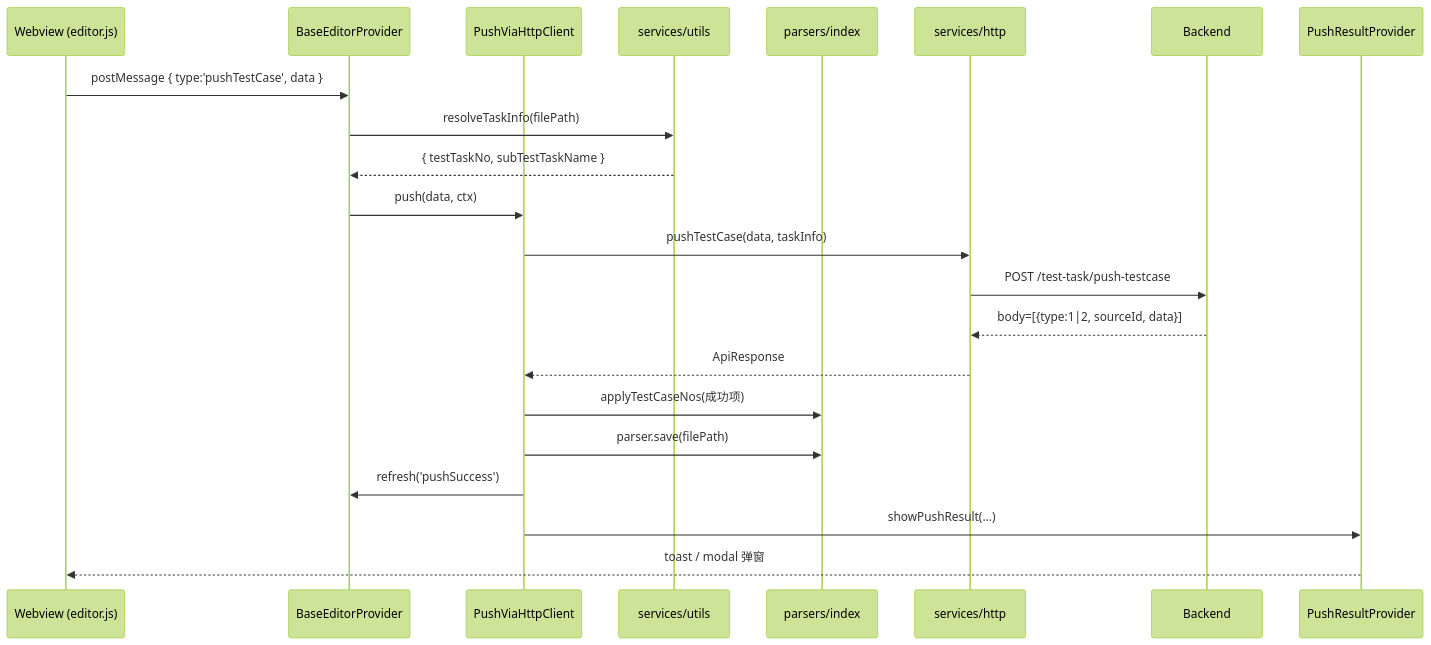
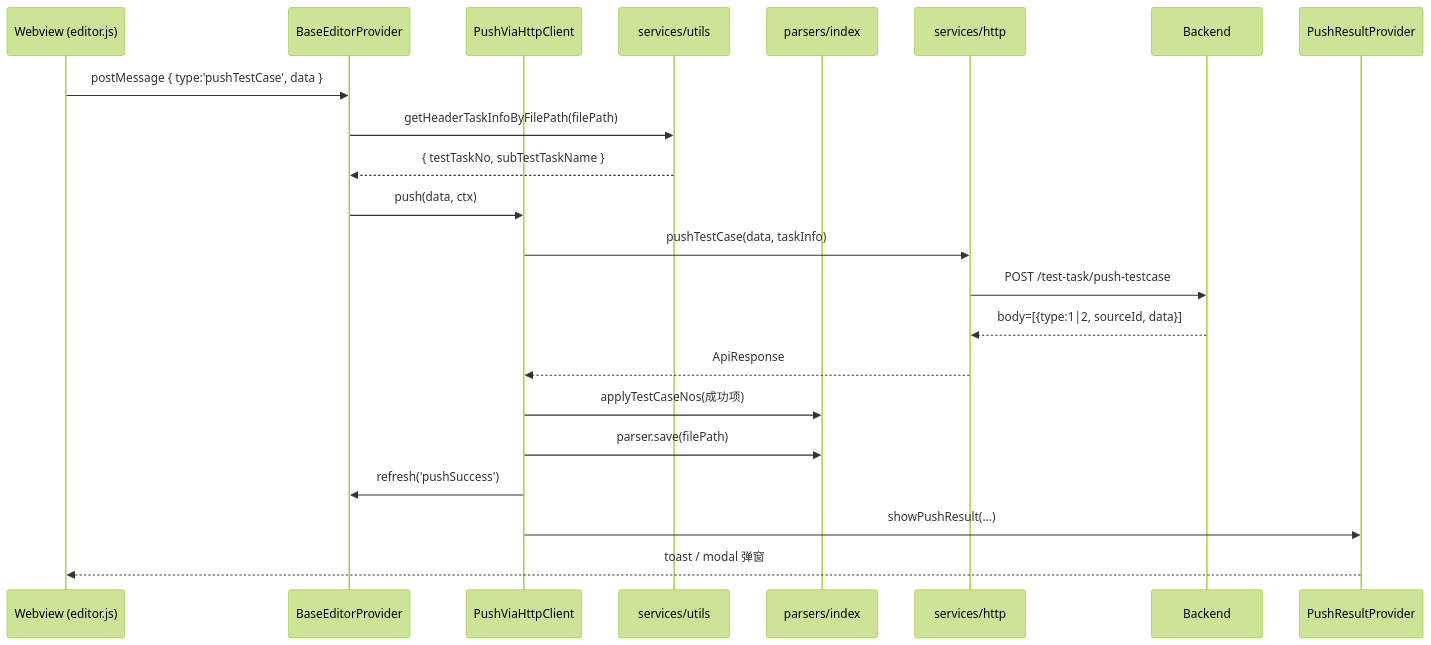
Before and after one commit to IvyCloudy/workbench: the second of 3 diagrams in 项目说明文档.md, drawn with Mermaid (forest theme). The commit also changed other lines of this file and 2 other files, not shown here.

````diff
--- a/项目说明文档.md
+++ b/项目说明文档.md
@@ -106,25 +106,25 @@
 ```mermaid
 sequenceDiagram
     participant FE as Webview (editor.js)
     participant EXT as BaseEditorProvider
     participant PS as PushViaHttpClient
     participant U as services/utils
     participant P as parsers/index
     participant H as services/http
     participant B as Backend
     participant R as PushResultProvider
 
     FE->>EXT: postMessage { type:'pushTestCase', data }
-    EXT->>U: resolveTaskInfo(filePath)
+    EXT->>U: getHeaderTaskInfoByFilePath(filePath)
     U-->>EXT: { testTaskNo, subTestTaskName }
     EXT->>PS: push(data, ctx)
     PS->>H: pushTestCase(data, taskInfo)
     H->>B: POST /test-task/push-testcase
     B-->>H: body=[{type:1|2, sourceId, data}]
     H-->>PS: ApiResponse
     PS->>P: applyTestCaseNos(成功项)
     PS->>P: parser.save(filePath)
     PS->>EXT: refresh('pushSuccess')
     PS->>R: showPushResult(...)
     R-->>FE: toast / modal 弹窗
 ```
````
